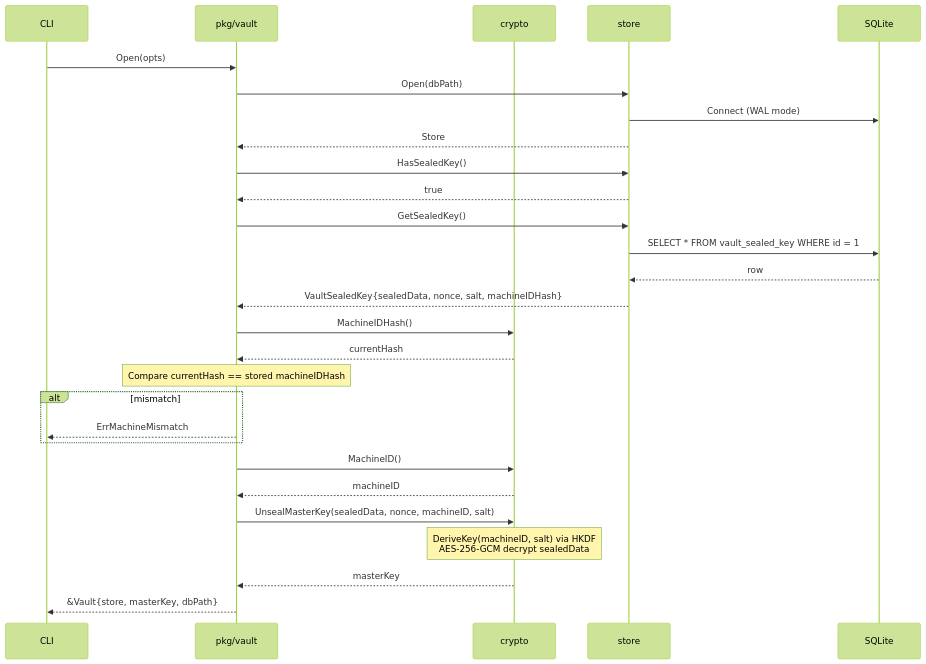
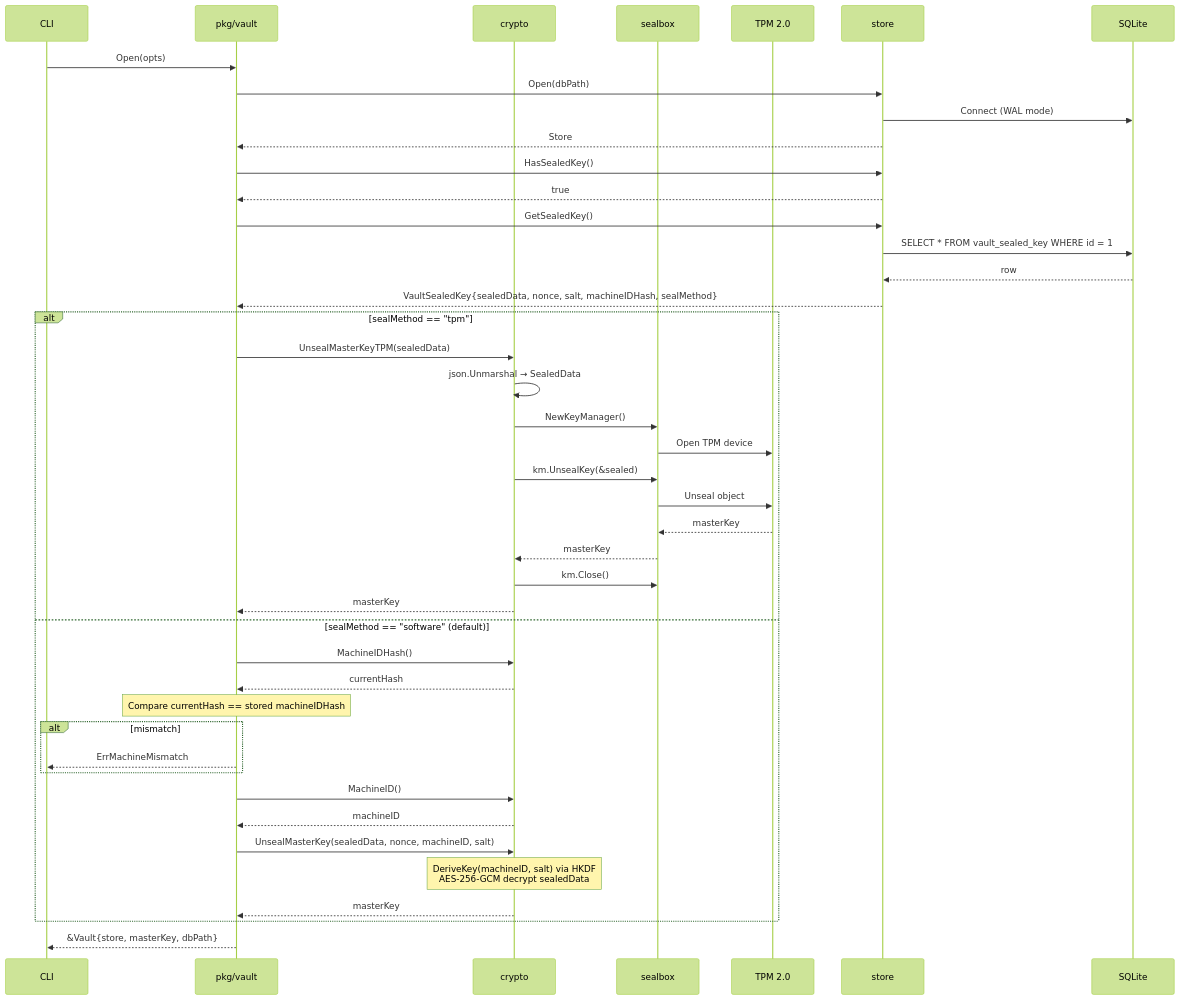
One commit to inovacc/anvil changed the sixth of 14 diagrams in docs/ARCHITECTURE.md. Above: the diagram before and after it, drawn with Mermaid (forest theme). The commit also changed other lines of this file, not shown here.

First line of the commit message:
docs: update ARCHITECTURE.md with TPM sealing diagrams

````diff
--- a/docs/ARCHITECTURE.md
+++ b/docs/ARCHITECTURE.md
@@ -197,38 +231,50 @@
 ```mermaid
 sequenceDiagram
     participant CLI
     participant V as pkg/vault
     participant C as crypto
+    participant SB as sealbox
+    participant TPM as TPM 2.0
     participant S as store
     participant DB as SQLite
 
     CLI->>V: Open(opts)
     V->>S: Open(dbPath)
     S->>DB: Connect (WAL mode)
     S-->>V: Store
 
     V->>S: HasSealedKey()
     S-->>V: true
 
     V->>S: GetSealedKey()
     S->>DB: SELECT * FROM vault_sealed_key WHERE id = 1
     DB-->>S: row
-    S-->>V: VaultSealedKey{sealedData, nonce, salt, machineIDHash}
+    S-->>V: VaultSealedKey{sealedData, nonce, salt, machineIDHash, sealMethod}
 
-    V->>C: MachineIDHash()
-    C-->>V: currentHash
-
-    Note over V: Compare currentHash == stored machineIDHash
-    alt mismatch
-        V-->>CLI: ErrMachineMismatch
+    alt sealMethod == "tpm"
+        V->>C: UnsealMasterKeyTPM(sealedData)
+        C->>C: json.Unmarshal → SealedData
+        C->>SB: NewKeyManager()
+        SB->>TPM: Open TPM device
+        C->>SB: km.UnsealKey(&sealed)
+        SB->>TPM: Unseal object
+        TPM-->>SB: masterKey
+        SB-->>C: masterKey
+        C->>SB: km.Close()
+        C-->>V: masterKey
+    else sealMethod == "software" (default)
+        V->>C: MachineIDHash()
+        C-->>V: currentHash
+        Note over V: Compare currentHash == stored machineIDHash
+        alt mismatch
+            V-->>CLI: ErrMachineMismatch
+        end
+        V->>C: MachineID()
+        C-->>V: machineID
+        V->>C: UnsealMasterKey(sealedData, nonce, machineID, salt)
+        Note over C: DeriveKey(machineID, salt) via HKDF<br/>AES-256-GCM decrypt sealedData
+        C-->>V: masterKey
     end
-
-    V->>C: MachineID()
-    C-->>V: machineID
-
-    V->>C: UnsealMasterKey(sealedData, nonce, machineID, salt)
-    Note over C: DeriveKey(machineID, salt) via HKDF<br/>AES-256-GCM decrypt sealedData
-    C-->>V: masterKey
 
     V-->>CLI: &Vault{store, masterKey, dbPath}
 ```
````
